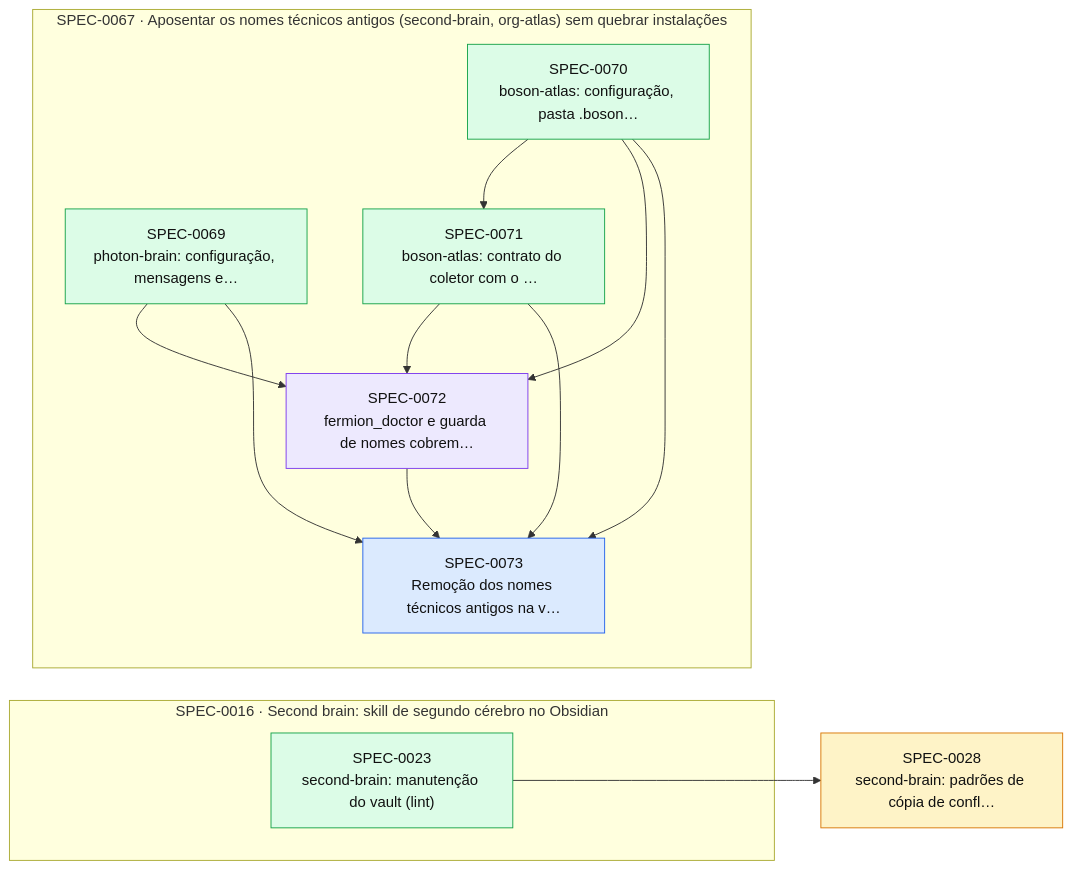
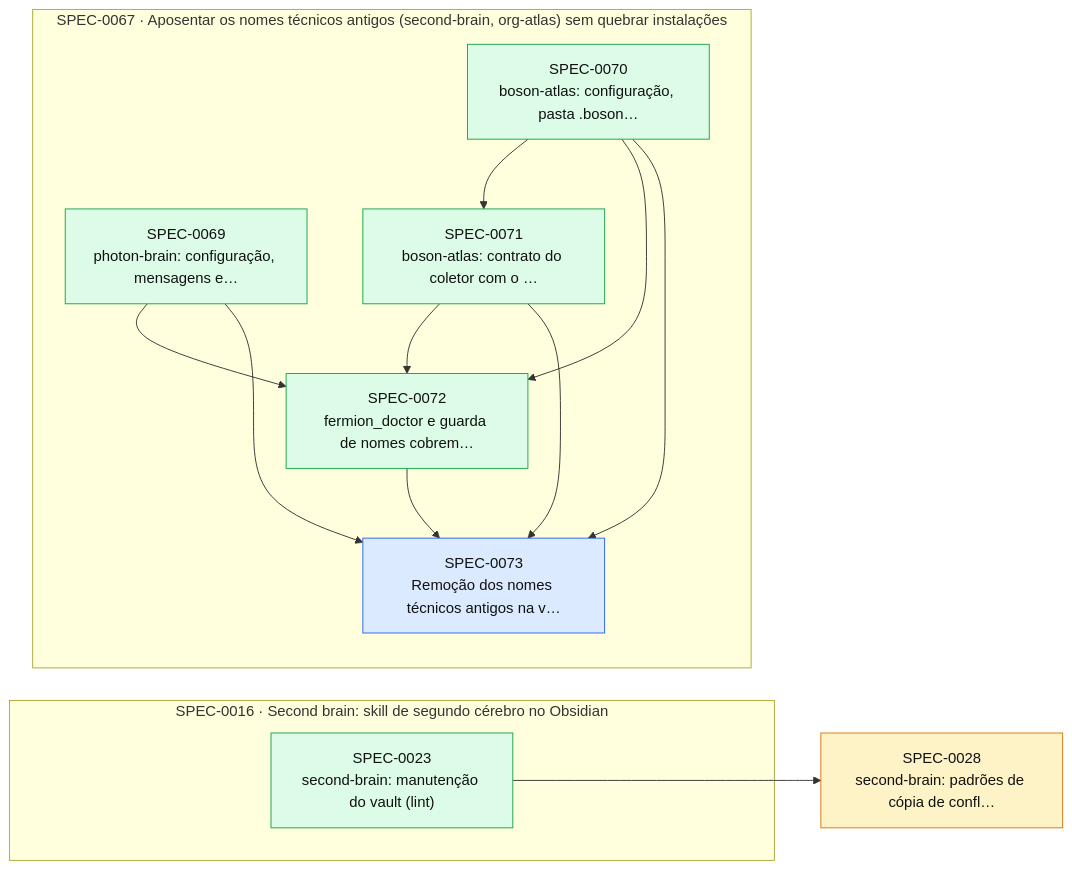
One commit to thomasravache/ai-dev-brain changed the diagram in docs/specs/INDEX.md. Above: the diagram before and after it, drawn with Mermaid. The commit also changed other lines of this file and 1 other file, not shown here.

First line of the commit message:
docs(specs): G7 e fechamento da SPEC-0072

````diff
--- a/docs/specs/INDEX.md
+++ b/docs/specs/INDEX.md
@@ -53,28 +52,28 @@
 ```mermaid
 flowchart LR
   S0028["SPEC-0028<br/>second-brain: padrões de cópia de confl…"]:::proposed
   subgraph E0016["SPEC-0016 · Second brain: skill de segundo cérebro no Obsidian"]
     S0023["SPEC-0023<br/>second-brain: manutenção do vault (lint)"]:::implemented
   end
   subgraph E0067["SPEC-0067 · Aposentar os nomes técnicos antigos (second-brain, org-atlas) sem quebrar instalações"]
     S0069["SPEC-0069<br/>photon-brain: configuração, mensagens e…"]:::implemented
     S0070["SPEC-0070<br/>boson-atlas: configuração, pasta .boson…"]:::implemented
     S0071["SPEC-0071<br/>boson-atlas: contrato do coletor com o …"]:::implemented
-    S0072["SPEC-0072<br/>fermion_doctor e guarda de nomes cobrem…"]:::inprogress
+    S0072["SPEC-0072<br/>fermion_doctor e guarda de nomes cobrem…"]:::implemented
     S0073["SPEC-0073<br/>Remoção dos nomes técnicos antigos na v…"]:::approved
   end
   S0023 --> S0028
   S0070 --> S0071
   S0069 --> S0072
   S0070 --> S0072
   S0071 --> S0072
   S0069 --> S0073
   S0070 --> S0073
   S0071 --> S0073
   S0072 --> S0073
   classDef proposed fill:#fef3c7,stroke:#d97706,color:#111
   classDef approved fill:#dbeafe,stroke:#2563eb,color:#111
   classDef inprogress fill:#ede9fe,stroke:#7c3aed,color:#111
   classDef implemented fill:#dcfce7,stroke:#16a34a,color:#111
   classDef deprecated fill:#f3f4f6,stroke:#9ca3af,color:#6b7280
 ```
````
